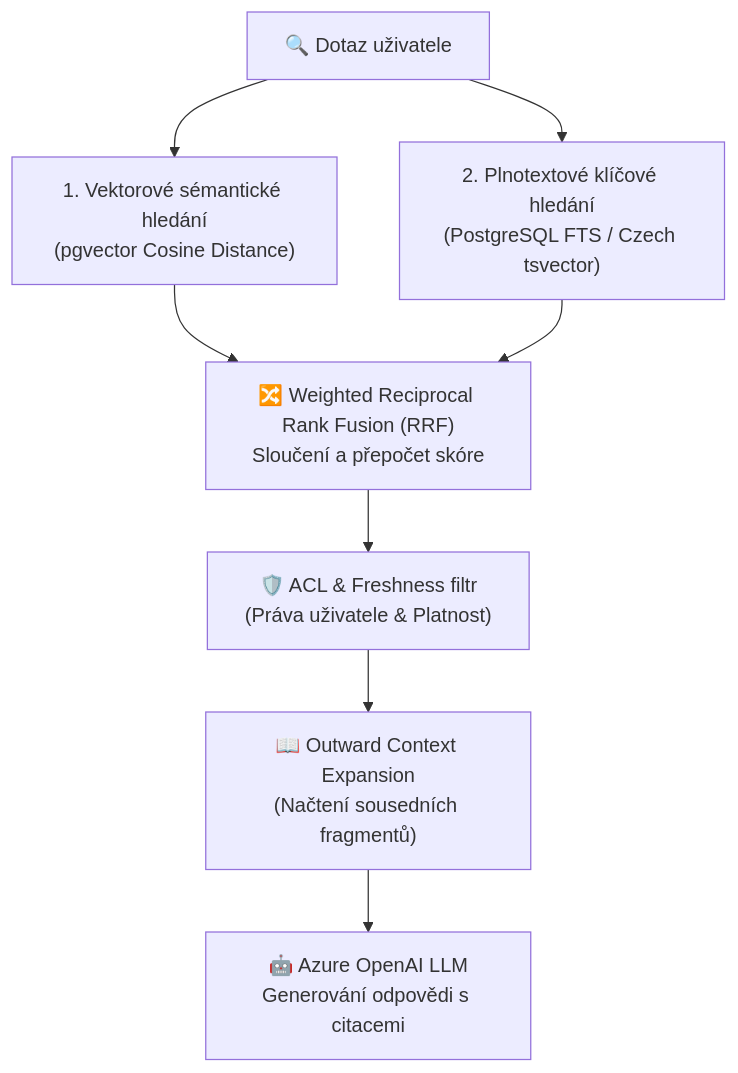
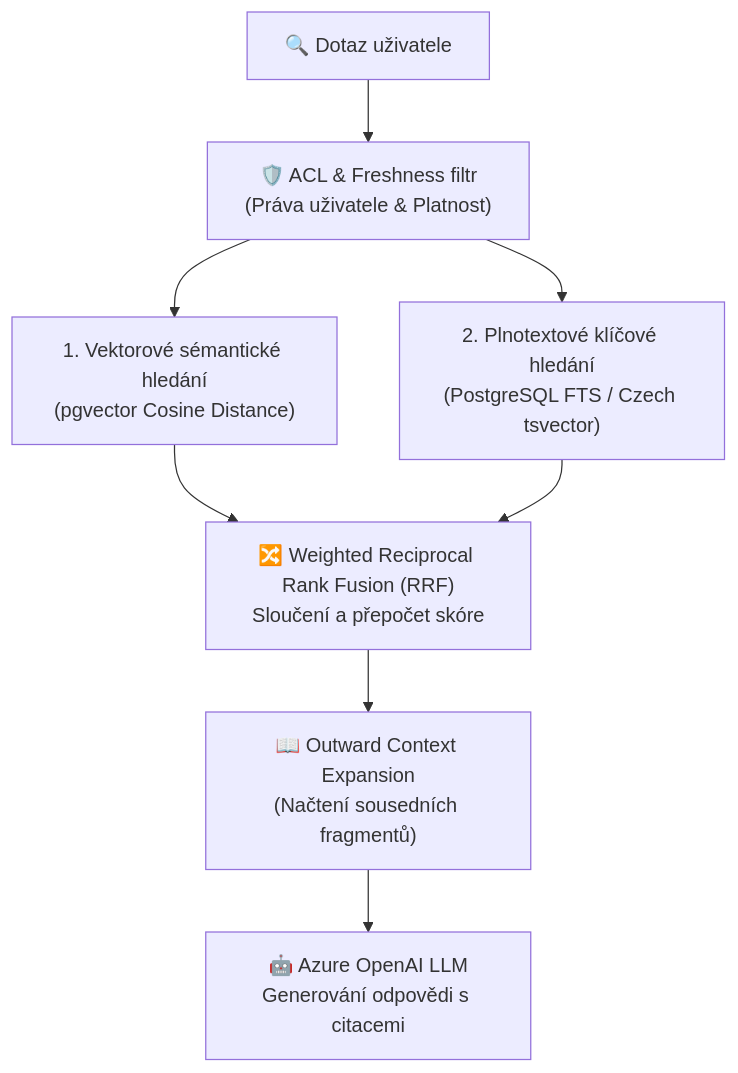
The third of 3 diagrams in docs/ai_search_marketing_summary.md (broneco/AI-search-full), drawn with Mermaid before and after one commit. The commit also changed other lines of this file and 61 other files, not shown here.

````diff
--- a/docs/ai_search_marketing_summary.md
+++ b/docs/ai_search_marketing_summary.md
@@ -93,12 +90,10 @@
 ```mermaid
 flowchart TD
-    Q["🔍 Dotaz uživatele"] --> V["1. Vektorové sémantické hledání<br/>(pgvector Cosine Distance)"]
-    Q --> F["2. Plnotextové klíčové hledání<br/>(PostgreSQL FTS / Czech tsvector)"]
-
+    Q["🔍 Dotaz uživatele"] --> ACL["🛡️ ACL & Freshness filtr<br/>(Práva uživatele & Platnost)"]
+    ACL --> V["1. Vektorové sémantické hledání<br/>(pgvector Cosine Distance)"]
+    ACL --> F["2. Plnotextové klíčové hledání<br/>(PostgreSQL FTS / Czech tsvector)"]
     V --> RRF["🔀 Weighted Reciprocal Rank Fusion (RRF)<br/>Sloučení a přepočet skóre"]
     F --> RRF
-
-    RRF --> ACL["🛡️ ACL & Freshness filtr<br/>(Práva uživatele & Platnost)"]
-    ACL --> CEX["📖 Outward Context Expansion<br/>(Načtení sousedních fragmentů)"]
+    RRF --> CEX["📖 Outward Context Expansion<br/>(Načtení sousedních fragmentů)"]
     CEX --> LLM["🤖 Azure OpenAI LLM<br/>Generování odpovědi s citacemi"]
 ```
````
